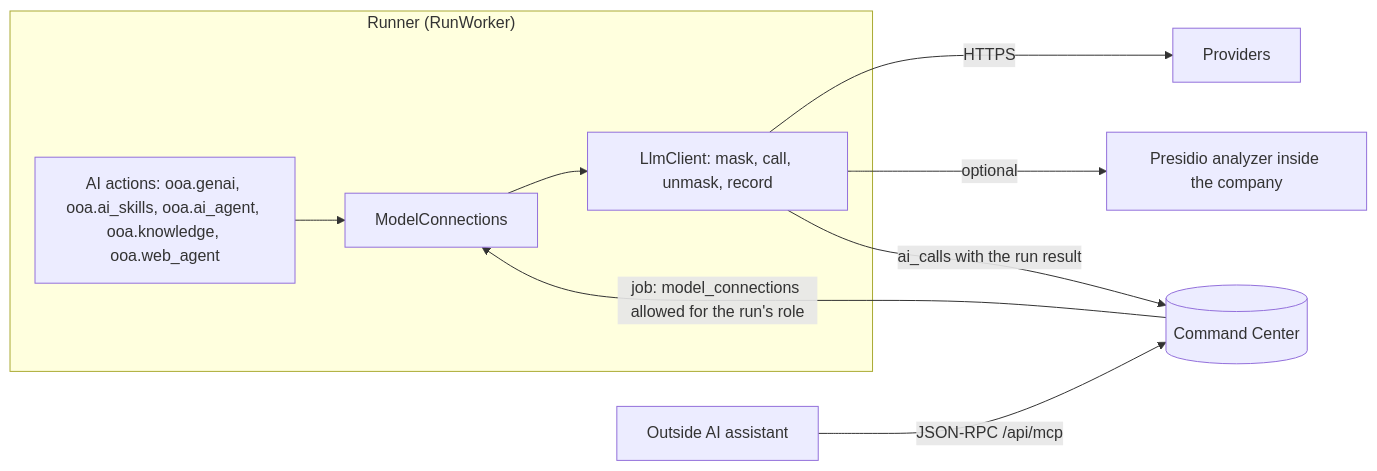
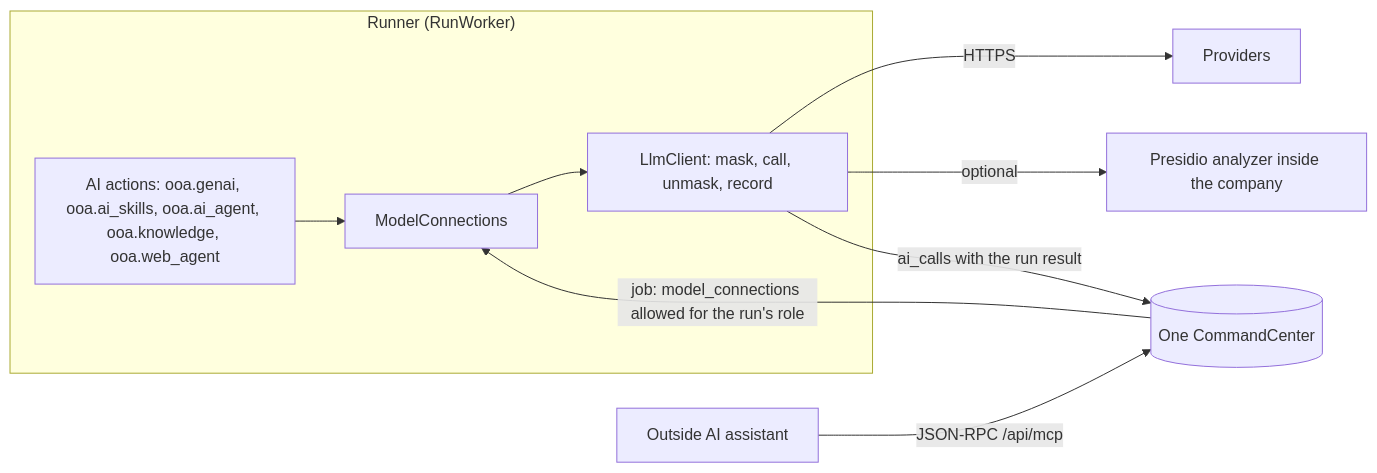
Before and after one commit to OneOfficeautomation-Private-Limited/OneOfficeAutomation-Platform: the diagram in docs/architecture/08-ai-architecture.md, drawn with Mermaid. The commit also changed other lines of this file and 268 other files, not shown here.

First line of the commit message:
Product names: One CommandCenter and One AgentStudio in every sentence; stored folder and service names unchanged

````diff
--- a/docs/architecture/08-ai-architecture.md
+++ b/docs/architecture/08-ai-architecture.md
@@ -32,12 +32,12 @@
 ```mermaid
 flowchart LR
     subgraph runner["Runner (RunWorker)"]
       A[AI actions: ooa.genai, ooa.ai_skills, ooa.ai_agent, ooa.knowledge, ooa.web_agent] --> MC[ModelConnections]
       MC --> L[LlmClient: mask, call, unmask, record]
     end
-    CC[(Command Center)] -- job: model_connections allowed for the run's role --> MC
+    CC[(One CommandCenter)] -- job: model_connections allowed for the run's role --> MC
     L -- HTTPS --> P[Providers]
     L -- optional --> PA[Presidio analyzer inside the company]
     L -- ai_calls with the run result --> CC
     MCPC[Outside AI assistant] -- JSON-RPC /api/mcp --> CC
 ```
````
